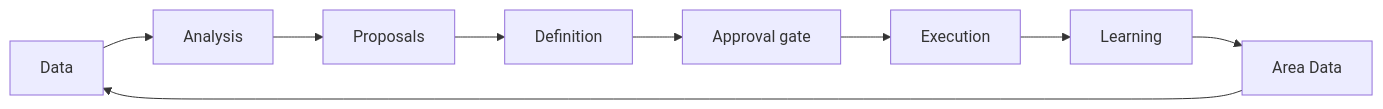
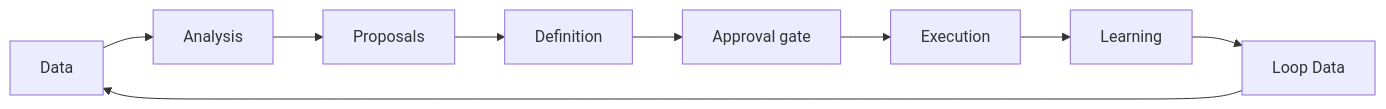
One commit to clwdtch/autocompany changed the second of 2 diagrams in COMPANY_STRUCTURE.md. Above: the diagram before and after it, drawn with Mermaid. The commit also changed other lines of this file and 6 other files, not shown here.

````diff
--- a/COMPANY_STRUCTURE.md
+++ b/COMPANY_STRUCTURE.md
@@ -459,11 +459,11 @@
 ```mermaid
 flowchart LR
     D["Data"] --> A["Analysis"]
     A --> P["Proposals"]
     P --> DF["Definition"]
     DF --> AP["Approval gate"]
     AP --> E["Execution"]
     E --> L["Learning"]
-    L --> AD["Area Data"]
+    L --> AD["Loop Data"]
     AD --> D
 ```
````
